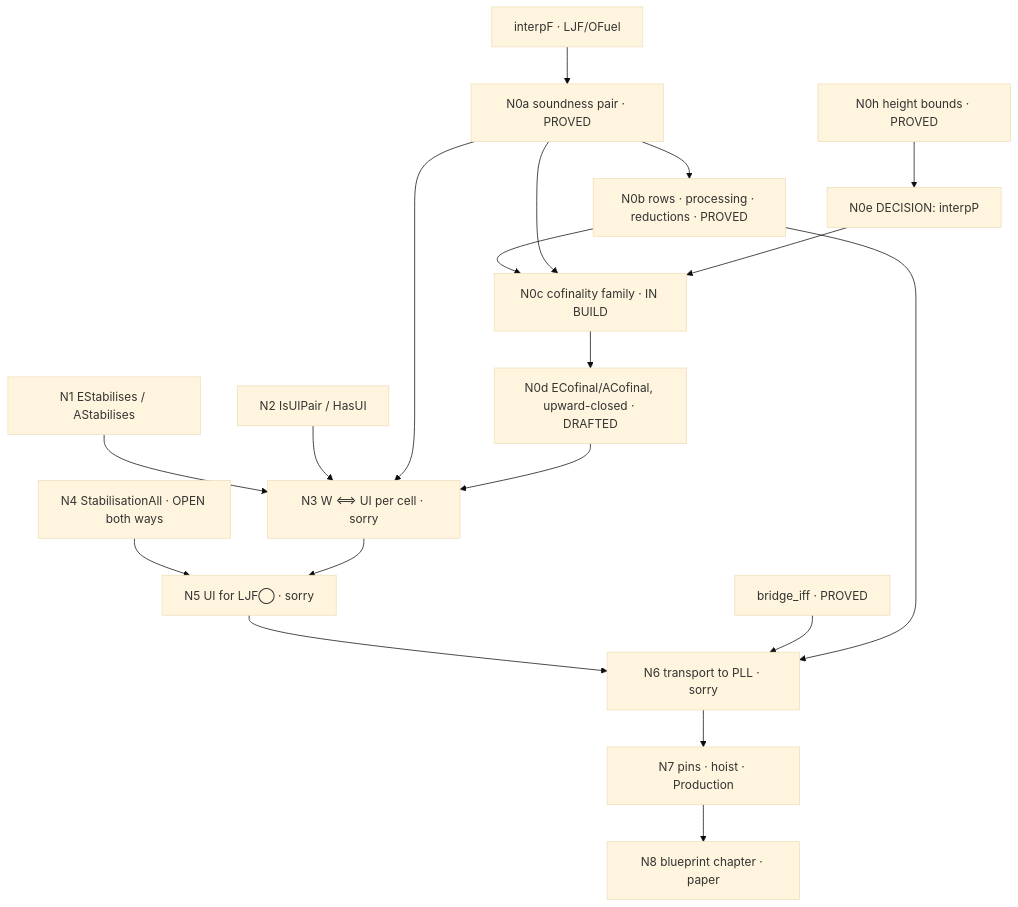
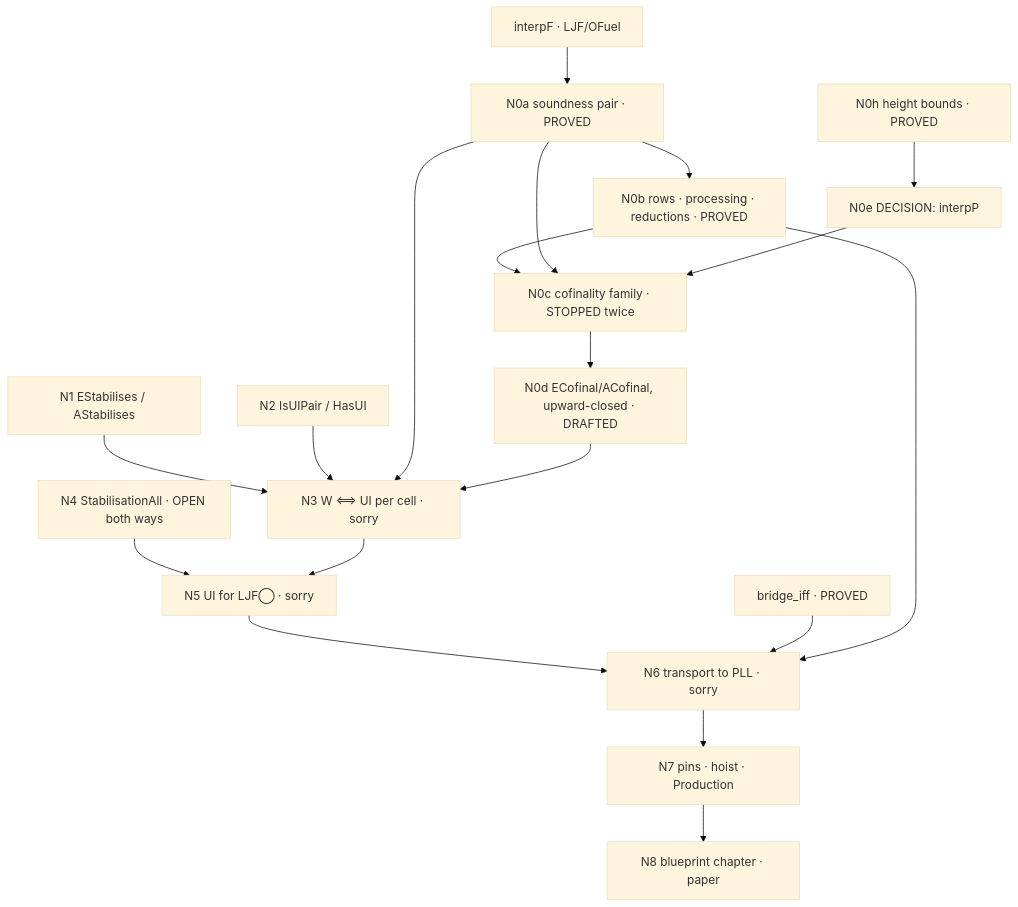
The diagram in docs/ui-routeB-blueprint.md (fairflow/lax-logic-in-lean), drawn with Mermaid (base theme) before and after one commit. The commit also changed other lines of this file, not shown here.

Commit message:
docs(ui): blueprint — N0c status consistent throughout (stopped; blocked on N0e)

````diff
--- a/docs/ui-routeB-blueprint.md
+++ b/docs/ui-routeB-blueprint.md
@@ -79,21 +79,21 @@
 ```mermaid
 graph TD
   interpF[interpF · LJF/OFuel] --> N0a[N0a soundness pair · PROVED]
   N0a --> N0b[N0b rows · processing · reductions · PROVED]
-  N0b --> N0c[N0c cofinality family · IN BUILD]
+  N0b --> N0c[N0c cofinality family · STOPPED twice]
   N0a --> N0c
   H[N0h height bounds · PROVED] --> N0e[N0e DECISION: interpP]
   N0e --> N0c
   N0c --> N0d[N0d ECofinal/ACofinal, upward-closed · DRAFTED]
   N1[N1 EStabilises / AStabilises] --> N3
   N2[N2 IsUIPair / HasUI] --> N3
   N0a --> N3[N3 W ⟺ UI per cell · sorry]
   N0d --> N3
   N4[N4 StabilisationAll · OPEN both ways] --> N5[N5 UI for LJF◯ · sorry]
   N3 --> N5
   N5 --> N6[N6 transport to PLL · sorry]
   B[bridge_iff · PROVED] --> N6
   N0b --> N6
   N6 --> N7[N7 pins · hoist · Production]
   N7 --> N8[N8 blueprint chapter · paper]
 ```
````
